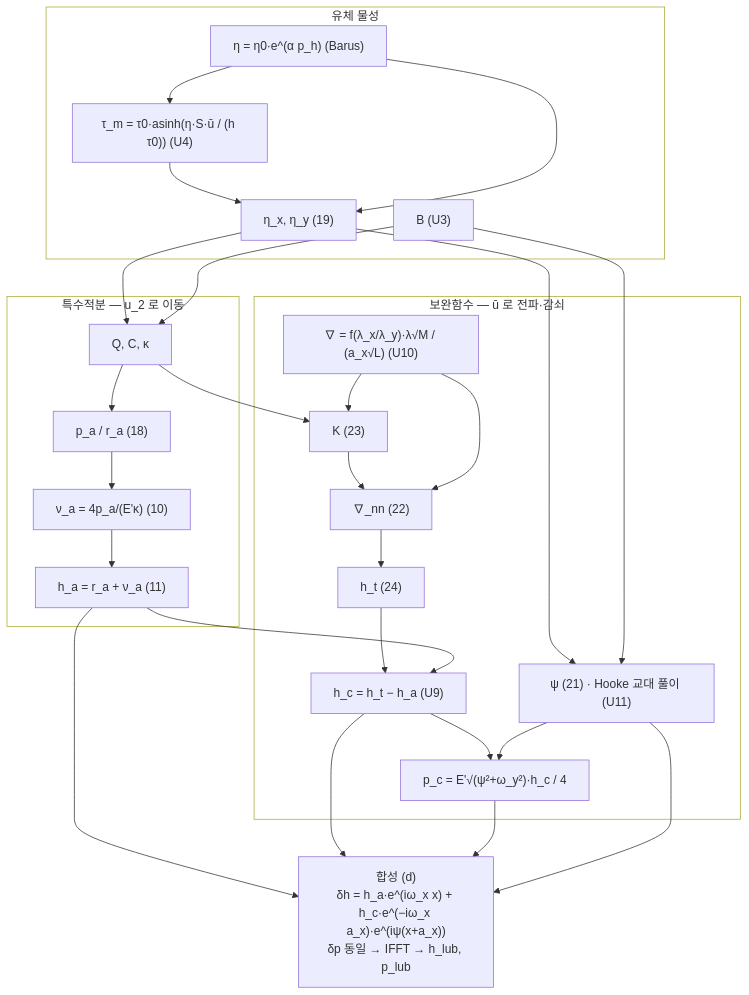
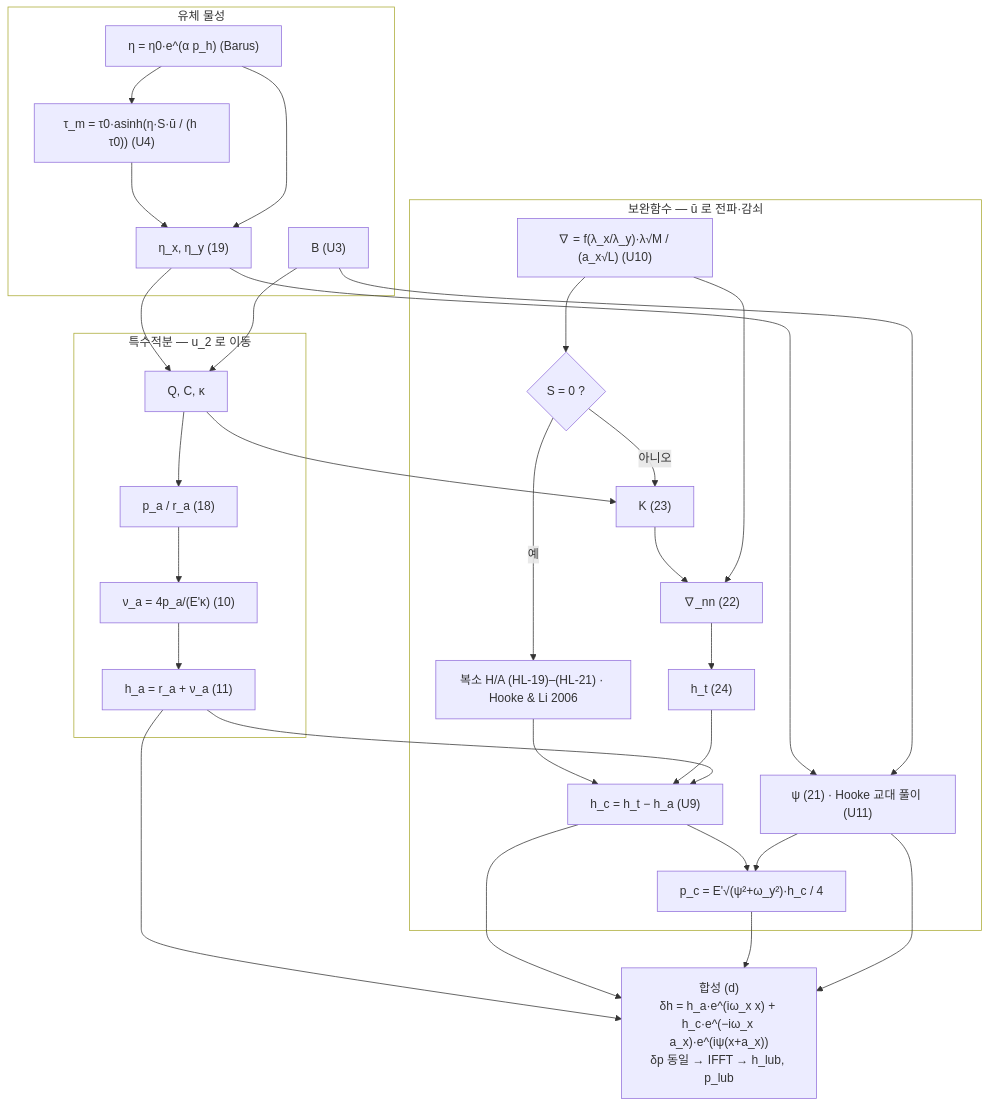
Before and after one commit to CHOICHOI-KIMM/AI_Seminar: the third of 4 diagrams in 논문 취합/06. 작업/작업계획서_2010. (SKF) 모델.md, drawn with Mermaid. The commit also changed other lines of this file and 19 other files, not shown here.

````diff
--- a/논문 취합/06. 작업/작업계획서_2010. (SKF) 모델.md
+++ b/논문 취합/06. 작업/작업계획서_2010. (SKF) 모델.md
@@ -380,43 +433,47 @@
 ```mermaid
 flowchart TD
     subgraph FL["유체 물성"]
         ETA["η = η0·e^(α p_h) (Barus)"]
         TAU["τ_m = τ0·asinh(η·S·ū / (h τ0)) (U4)"]
         ETX["η_x, η_y (19)"]
         BB["B (U3)"]
         ETA --> TAU --> ETX
         ETA --> ETX
     end
     subgraph PI["특수적분 — u_2 로 이동"]
         QC["Q, C, κ"]
         PA["p_a / r_a (18)"]
         VA["ν_a = 4p_a/(E'κ) (10)"]
         HA["h_a = r_a + ν_a (11)"]
         QC --> PA --> VA --> HA
     end
     subgraph CF["보완함수 — ū 로 전파·감쇠"]
         PSI["ψ (21) · Hooke 교대 풀이 (U11)"]
         NAB["∇ = f(λ_x/λ_y)·λ√M / (a_x√L) (U10)"]
         K["K (23)"]
         NNN["∇_nn (22)"]
         HT["h_t (24)"]
         HC["h_c = h_t − h_a (U9)"]
         PC["p_c = E'√(ψ²+ω_y²)·h_c / 4"]
-        NAB --> K --> NNN --> HT --> HC --> PC
+        S0{"S = 0 ?"}
+        HL["복소 H/A (HL-19)–(HL-21) · Hooke & Li 2006"]
+        NAB --> S0
+        S0 -- "예" --> HL --> HC
+        S0 -- "아니오" --> K --> NNN --> HT --> HC --> PC
         NAB --> NNN
         PSI --> PC
     end
     ETX --> QC
     BB --> QC
     ETX --> PSI
     BB --> PSI
     QC --> K
     HA --> HC
     HA --> SUM["합성 (d)<br/>δh = h_a·e^(iω_x x) + h_c·e^(−iω_x a_x)·e^(iψ(x+a_x))<br/>δp 동일 → IFFT → h_lub, p_lub"]
     HC --> SUM
     PC --> SUM
     PSI --> SUM
     style FL fill:none
     style PI fill:none
     style CF fill:none
 ```
````
